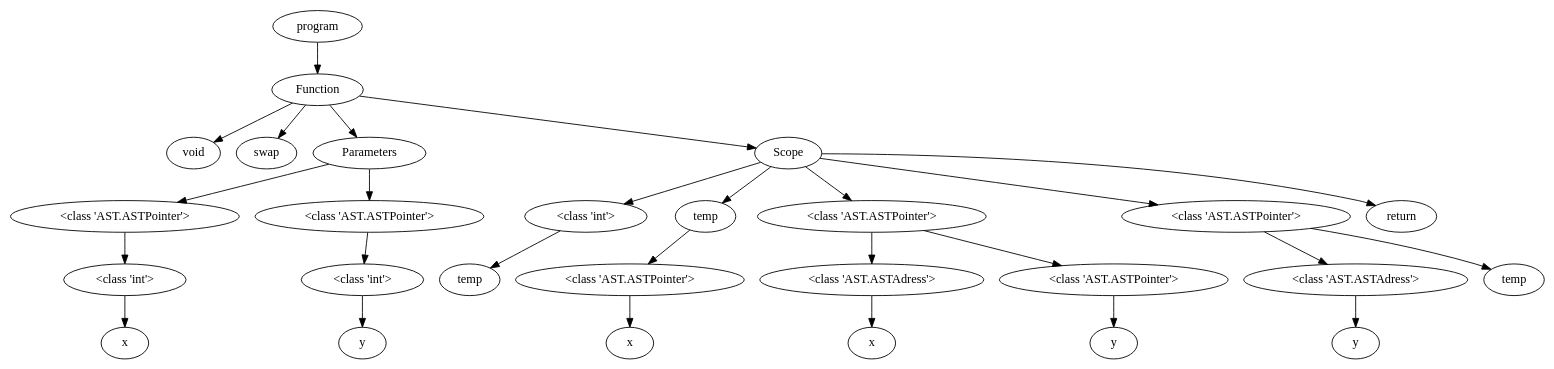
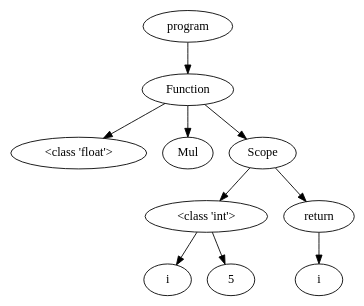
Before and after one commit to NielsVandenBroeck/COMP_Compiler: the diagram in OutputFiles/dotVisualization.dot, drawn with Graphviz. The commit also changed 4 other files, not shown here.

```diff
--- a/OutputFiles/dotVisualization.dot
+++ b/OutputFiles/dotVisualization.dot
@@ -1,70 +1,25 @@
 digraph G { 
-"<AST.AST object at 0x00000170B4D56DF0> (0)"[label="program"]
-"<AST.ASTFunction object at 0x00000170B4D566A0> (1)"[label="Function"]
-"<AST.AST object at 0x00000170B4D56DF0> (0)"->"<AST.ASTFunction object at 0x00000170B4D566A0> (1)"
-"<AST.ASTFunction object at 0x00000170B4D566A0> (1)"[label="Function"]
-"<AST.ASTVoid object at 0x00000170B4D56C70> (2)"[label="void"]
-"<AST.ASTFunction object at 0x00000170B4D566A0> (1)"->"<AST.ASTVoid object at 0x00000170B4D56C70> (2)"
-"<AST.ASTFunctionName object at 0x00000170B4D56BB0> (2)"[label="swap"]
-"<AST.ASTFunction object at 0x00000170B4D566A0> (1)"->"<AST.ASTFunctionName object at 0x00000170B4D56BB0> (2)"
-"<AST.ASTParameters object at 0x00000170B4D56B80> (2)"[label="Parameters"]
-"<AST.ASTFunction object at 0x00000170B4D566A0> (1)"->"<AST.ASTParameters object at 0x00000170B4D56B80> (2)"
-"<AST.ASTParameters object at 0x00000170B4D56B80> (2)"[label="Parameters"]
-"<AST.ASTPointer object at 0x00000170B4D56A90> (3)"[label="<class 'AST.ASTPointer'>"]
-"<AST.ASTParameters object at 0x00000170B4D56B80> (2)"->"<AST.ASTPointer object at 0x00000170B4D56A90> (3)"
-"<AST.ASTPointer object at 0x00000170B4D56A90> (3)"[label="<class 'AST.ASTPointer'>"]
-"<AST.ASTDataType object at 0x00000170B4D56FD0> (4)"[label="<class 'int'>"]
-"<AST.ASTPointer object at 0x00000170B4D56A90> (3)"->"<AST.ASTDataType object at 0x00000170B4D56FD0> (4)"
-"<AST.ASTDataType object at 0x00000170B4D56FD0> (4)"[label="<class 'int'>"]
-"<AST.ASTVariable object at 0x00000170B4D56DC0> (5)"[label="x"]
-"<AST.ASTDataType object at 0x00000170B4D56FD0> (4)"->"<AST.ASTVariable object at 0x00000170B4D56DC0> (5)"
-"<AST.ASTPointer object at 0x00000170B4D56B50> (3)"[label="<class 'AST.ASTPointer'>"]
-"<AST.ASTParameters object at 0x00000170B4D56B80> (2)"->"<AST.ASTPointer object at 0x00000170B4D56B50> (3)"
-"<AST.ASTPointer object at 0x00000170B4D56B50> (3)"[label="<class 'AST.ASTPointer'>"]
-"<AST.ASTDataType object at 0x00000170B4D56A00> (4)"[label="<class 'int'>"]
-"<AST.ASTPointer object at 0x00000170B4D56B50> (3)"->"<AST.ASTDataType object at 0x00000170B4D56A00> (4)"
-"<AST.ASTDataType object at 0x00000170B4D56A00> (4)"[label="<class 'int'>"]
-"<AST.ASTVariable object at 0x00000170B4D56AC0> (5)"[label="y"]
-"<AST.ASTDataType object at 0x00000170B4D56A00> (4)"->"<AST.ASTVariable object at 0x00000170B4D56AC0> (5)"
-"<AST.ASTScope object at 0x00000170B4D56730> (2)"[label="Scope"]
-"<AST.ASTFunction object at 0x00000170B4D566A0> (1)"->"<AST.ASTScope object at 0x00000170B4D56730> (2)"
-"<AST.ASTScope object at 0x00000170B4D56730> (2)"[label="Scope"]
-"<AST.ASTDataType object at 0x00000170B4D569A0> (3)"[label="<class 'int'>"]
-"<AST.ASTScope object at 0x00000170B4D56730> (2)"->"<AST.ASTDataType object at 0x00000170B4D569A0> (3)"
-"<AST.ASTDataType object at 0x00000170B4D569A0> (3)"[label="<class 'int'>"]
-"<AST.ASTVariable object at 0x00000170B4D56C10> (4)"[label="temp"]
-"<AST.ASTDataType object at 0x00000170B4D569A0> (3)"->"<AST.ASTVariable object at 0x00000170B4D56C10> (4)"
-"<AST.ASTVariable object at 0x00000170B4D56D30> (3)"[label="temp"]
-"<AST.ASTScope object at 0x00000170B4D56730> (2)"->"<AST.ASTVariable object at 0x00000170B4D56D30> (3)"
-"<AST.ASTVariable object at 0x00000170B4D56D30> (3)"[label="temp"]
-"<AST.ASTPointer object at 0x00000170B4D56250> (4)"[label="<class 'AST.ASTPointer'>"]
-"<AST.ASTVariable object at 0x00000170B4D56D30> (3)"->"<AST.ASTPointer object at 0x00000170B4D56250> (4)"
-"<AST.ASTPointer object at 0x00000170B4D56250> (4)"[label="<class 'AST.ASTPointer'>"]
-"<AST.ASTVariable object at 0x00000170B4D56130> (5)"[label="x"]
-"<AST.ASTPointer object at 0x00000170B4D56250> (4)"->"<AST.ASTVariable object at 0x00000170B4D56130> (5)"
-"<AST.ASTPointer object at 0x00000170B4D52730> (3)"[label="<class 'AST.ASTPointer'>"]
-"<AST.ASTScope object at 0x00000170B4D56730> (2)"->"<AST.ASTPointer object at 0x00000170B4D52730> (3)"
-"<AST.ASTPointer object at 0x00000170B4D52730> (3)"[label="<class 'AST.ASTPointer'>"]
-"<AST.ASTAdress object at 0x00000170B4D56280> (4)"[label="<class 'AST.ASTAdress'>"]
-"<AST.ASTPointer object at 0x00000170B4D52730> (3)"->"<AST.ASTAdress object at 0x00000170B4D56280> (4)"
-"<AST.ASTAdress object at 0x00000170B4D56280> (4)"[label="<class 'AST.ASTAdress'>"]
-"<AST.ASTVariable object at 0x00000170B4D56340> (5)"[label="x"]
-"<AST.ASTAdress object at 0x00000170B4D56280> (4)"->"<AST.ASTVariable object at 0x00000170B4D56340> (5)"
-"<AST.ASTPointer object at 0x00000170B4D520A0> (4)"[label="<class 'AST.ASTPointer'>"]
-"<AST.ASTPointer object at 0x00000170B4D52730> (3)"->"<AST.ASTPointer object at 0x00000170B4D520A0> (4)"
-"<AST.ASTPointer object at 0x00000170B4D520A0> (4)"[label="<class 'AST.ASTPointer'>"]
-"<AST.ASTVariable object at 0x00000170B4D521F0> (5)"[label="y"]
-"<AST.ASTPointer object at 0x00000170B4D520A0> (4)"->"<AST.ASTVariable object at 0x00000170B4D521F0> (5)"
-"<AST.ASTPointer object at 0x00000170B4D52550> (3)"[label="<class 'AST.ASTPointer'>"]
-"<AST.ASTScope object at 0x00000170B4D56730> (2)"->"<AST.ASTPointer object at 0x00000170B4D52550> (3)"
-"<AST.ASTPointer object at 0x00000170B4D52550> (3)"[label="<class 'AST.ASTPointer'>"]
-"<AST.ASTAdress object at 0x00000170B4D529D0> (4)"[label="<class 'AST.ASTAdress'>"]
-"<AST.ASTPointer object at 0x00000170B4D52550> (3)"->"<AST.ASTAdress object at 0x00000170B4D529D0> (4)"
-"<AST.ASTAdress object at 0x00000170B4D529D0> (4)"[label="<class 'AST.ASTAdress'>"]
-"<AST.ASTVariable object at 0x00000170B4D52DF0> (5)"[label="y"]
-"<AST.ASTAdress object at 0x00000170B4D529D0> (4)"->"<AST.ASTVariable object at 0x00000170B4D52DF0> (5)"
-"<AST.ASTVariable object at 0x00000170B4D521C0> (4)"[label="temp"]
-"<AST.ASTPointer object at 0x00000170B4D52550> (3)"->"<AST.ASTVariable object at 0x00000170B4D521C0> (4)"
-"<AST.ASTReturn object at 0x00000170B4D52A60> (3)"[label="return"]
-"<AST.ASTScope object at 0x00000170B4D56730> (2)"->"<AST.ASTReturn object at 0x00000170B4D52A60> (3)"
+"<AST.AST object at 0x00000217DC99F850> (0)"[label="program"]
+"<AST.ASTFunction object at 0x00000217DC99F9D0> (1)"[label="Function"]
+"<AST.AST object at 0x00000217DC99F850> (0)"->"<AST.ASTFunction object at 0x00000217DC99F9D0> (1)"
+"<AST.ASTFunction object at 0x00000217DC99F9D0> (1)"[label="Function"]
+"<AST.ASTDataType object at 0x00000217DC99F7C0> (2)"[label="<class 'float'>"]
+"<AST.ASTFunction object at 0x00000217DC99F9D0> (1)"->"<AST.ASTDataType object at 0x00000217DC99F7C0> (2)"
+"<AST.ASTFunctionName object at 0x00000217DC99F2E0> (2)"[label="Mul"]
+"<AST.ASTFunction object at 0x00000217DC99F9D0> (1)"->"<AST.ASTFunctionName object at 0x00000217DC99F2E0> (2)"
+"<AST.ASTScope object at 0x00000217DC99F130> (2)"[label="Scope"]
+"<AST.ASTFunction object at 0x00000217DC99F9D0> (1)"->"<AST.ASTScope object at 0x00000217DC99F130> (2)"
+"<AST.ASTScope object at 0x00000217DC99F130> (2)"[label="Scope"]
+"<AST.ASTDataType object at 0x00000217DC99FC10> (3)"[label="<class 'int'>"]
+"<AST.ASTScope object at 0x00000217DC99F130> (2)"->"<AST.ASTDataType object at 0x00000217DC99FC10> (3)"
+"<AST.ASTDataType object at 0x00000217DC99FC10> (3)"[label="<class 'int'>"]
+"<AST.ASTVariable object at 0x00000217DC99F400> (4)"[label="i"]
+"<AST.ASTDataType object at 0x00000217DC99FC10> (3)"->"<AST.ASTVariable object at 0x00000217DC99F400> (4)"
+"<AST.AST object at 0x00000217DC99F250> (4)"[label="5"]
+"<AST.ASTDataType object at 0x00000217DC99FC10> (3)"->"<AST.AST object at 0x00000217DC99F250> (4)"
+"<AST.ASTReturn object at 0x00000217DC99F640> (3)"[label="return"]
+"<AST.ASTScope object at 0x00000217DC99F130> (2)"->"<AST.ASTReturn object at 0x00000217DC99F640> (3)"
+"<AST.ASTReturn object at 0x00000217DC99F640> (3)"[label="return"]
+"<AST.ASTVariable object at 0x00000217DC99F670> (4)"[label="i"]
+"<AST.ASTReturn object at 0x00000217DC99F640> (3)"->"<AST.ASTVariable object at 0x00000217DC99F670> (4)"
 }
```
